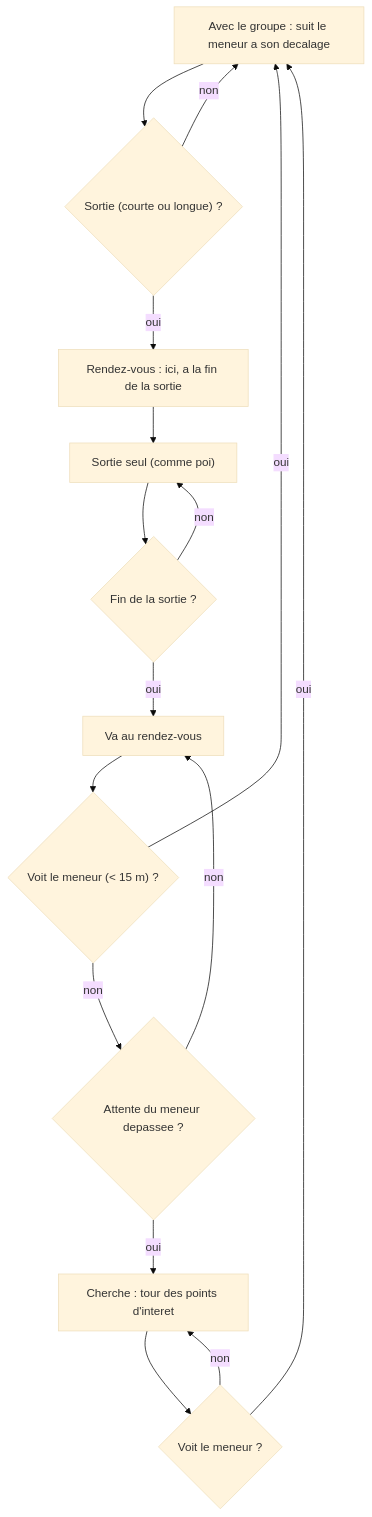
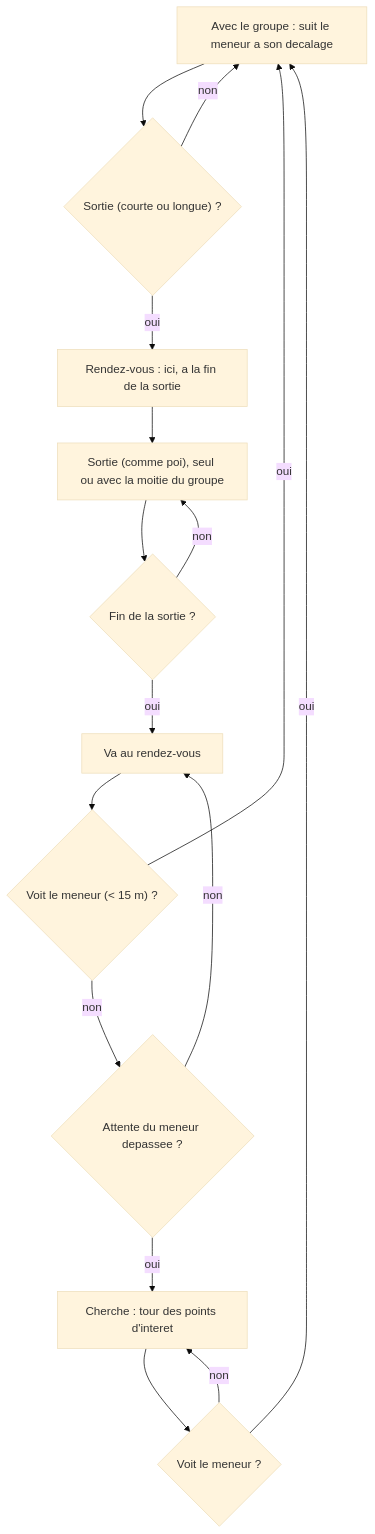
One commit to NICE-CINE/simuation-test changed the diagram in docs/mobilite/group.md. Above: the diagram before and after it, drawn with Mermaid (base theme). The commit also changed other lines of this file and 5 other files, not shown here.

````diff
--- a/docs/mobilite/group.md
+++ b/docs/mobilite/group.md
@@ -88,16 +93,16 @@
 ```mermaid
 flowchart TD
     W["Avec le groupe : suit le meneur a son decalage"] --> L{"Sortie (courte ou longue) ?"}
     L -- non --> W
-    L -- oui --> R["Rendez-vous : ici, a la fin de la sortie"] --> A["Sortie seul (comme poi)"]
+    L -- oui --> R["Rendez-vous : ici, a la fin de la sortie"] --> A["Sortie (comme poi), seul ou avec la moitie du groupe"]
     A --> T{"Fin de la sortie ?"}
     T -- non --> A
     T -- oui --> B["Va au rendez-vous"]
     B --> V{"Voit le meneur (< 15 m) ?"}
     V -- oui --> W
     V -- non --> X{"Attente du meneur depassee ?"}
     X -- non --> B
     X -- oui --> S["Cherche : tour des points d'interet"] --> V2{"Voit le meneur ?"}
     V2 -- oui --> W
     V2 -- non --> S
 ```
````
